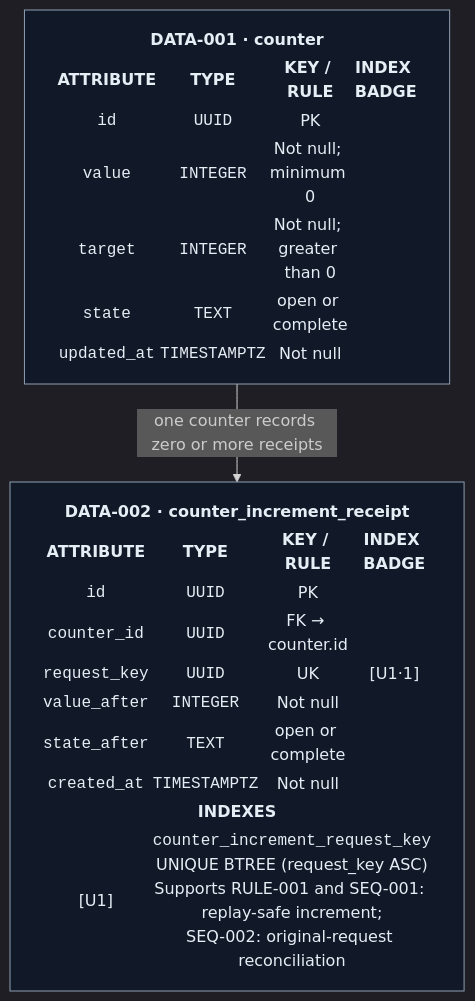
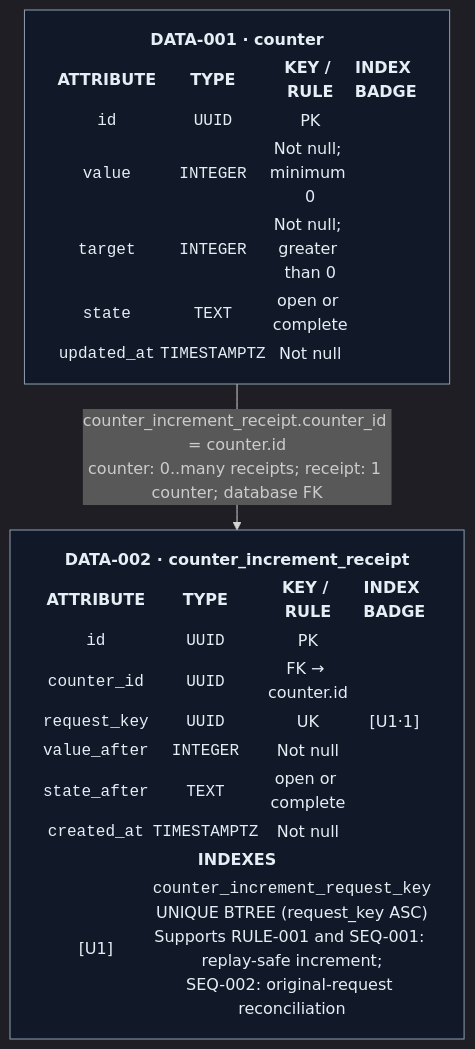
The diagram in skills/product-intent-manager/assets/example-product-intent-package/data/data-model.md (swabbiedotdev/product-intent-package), drawn with Mermaid before and after one commit. The commit also changed 18 other files, not shown here.

Commit message:
docs: strengthen modular diagram-first PIP guidance

````diff
--- a/skills/product-intent-manager/assets/example-product-intent-package/data/data-model.md
+++ b/skills/product-intent-manager/assets/example-product-intent-package/data/data-model.md
@@ -10,20 +10,20 @@
 ```mermaid
 ---
 config:
   theme: dark
   flowchart:
     htmlLabels: true
   themeCSS: |
     .pip-entity { border-collapse: collapse; background: #111827; color: #e5edf5; text-align: left; }
     .pip-entity th, .pip-entity td { border: 1px solid #344556; padding: 8px 12px; text-align: left; }
     .pip-entity th { background: #263544; color: #e5edf5; }
     .pip-entity code { color: #e5edf5; font-family: monospace; }
     .unique-badge { display: inline-block; background: #163c2a; color: #b8f5cb; border: 1px solid #6fd38a; border-radius: 4px; padding: 2px 5px; }
 ---
 flowchart TB
   DATA_001["<table class='pip-entity'><tr><th colspan='4'>DATA-001 · counter</th></tr><tr><th>ATTRIBUTE</th><th>TYPE</th><th>KEY / RULE</th><th>INDEX BADGE</th></tr><tr><td><code>id</code></td><td><code>UUID</code></td><td>PK</td><td></td></tr><tr><td><code>value</code></td><td><code>INTEGER</code></td><td>Not null; minimum 0</td><td></td></tr><tr><td><code>target</code></td><td><code>INTEGER</code></td><td>Not null; greater than 0</td><td></td></tr><tr><td><code>state</code></td><td><code>TEXT</code></td><td>open or complete</td><td></td></tr><tr><td><code>updated_at</code></td><td><code>TIMESTAMPTZ</code></td><td>Not null</td><td></td></tr></table>"]
   DATA_002["<table class='pip-entity'><tr><th colspan='4'>DATA-002 · counter_increment_receipt</th></tr><tr><th>ATTRIBUTE</th><th>TYPE</th><th>KEY / RULE</th><th>INDEX BADGE</th></tr><tr><td><code>id</code></td><td><code>UUID</code></td><td>PK</td><td></td></tr><tr><td><code>counter_id</code></td><td><code>UUID</code></td><td>FK → counter.id</td><td></td></tr><tr><td><code>request_key</code></td><td><code>UUID</code></td><td>UK</td><td><span class='unique-badge'>[U1·1]</span></td></tr><tr><td><code>value_after</code></td><td><code>INTEGER</code></td><td>Not null</td><td></td></tr><tr><td><code>state_after</code></td><td><code>TEXT</code></td><td>open or complete</td><td></td></tr><tr><td><code>created_at</code></td><td><code>TIMESTAMPTZ</code></td><td>Not null</td><td></td></tr><tr><th colspan='4'>INDEXES</th></tr><tr><td><span class='unique-badge'>[U1]</span></td><td colspan='3'><code>counter_increment_request_key</code><br/>UNIQUE BTREE (request_key ASC)<br/>Supports RULE-001 and SEQ-001: replay-safe increment;<br/>SEQ-002: original-request reconciliation</td></tr></table>"]
-  DATA_001 -->|"one counter records zero or more receipts"| DATA_002
+  DATA_001 -->|"counter_increment_receipt.counter_id = counter.id<br/>counter: 0..many receipts; receipt: 1 counter; database FK"| DATA_002
   classDef entity fill:#111827,stroke:#8ea0b3,color:#e5edf5
   class DATA_001,DATA_002 entity
 ```
````
